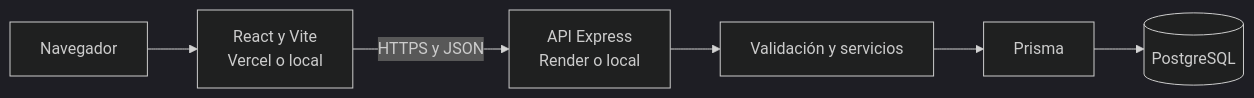
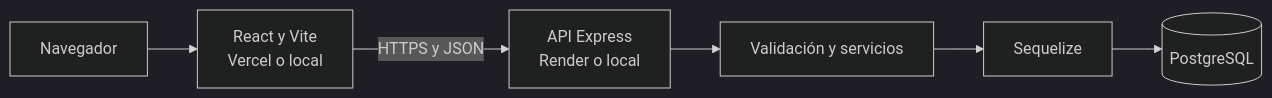
The diagram in docs/architecture/software-study-guide.md (salasormenogericaldair01-cell/SIGA), drawn with Mermaid (dark theme) before and after one commit. The commit also changed other lines of this file and 48 other files, not shown here.

Commit message:
chore(cleanup): remove Prisma completely and migrate scripts, SQL migrations, tests, and docs to Sequelize

```diff
--- a/docs/architecture/software-study-guide.md
+++ b/docs/architecture/software-study-guide.md
@@ -15,8 +15,8 @@
 ~~~mermaid
 flowchart LR
     N[Navegador] --> F[React y Vite<br/>Vercel o local]
     F -->|HTTPS y JSON| A[API Express<br/>Render o local]
     A --> V[Validación y servicios]
-    V --> P[Prisma]
+    V --> P[Sequelize]
     P --> D[(PostgreSQL)]
 ~~~
```
